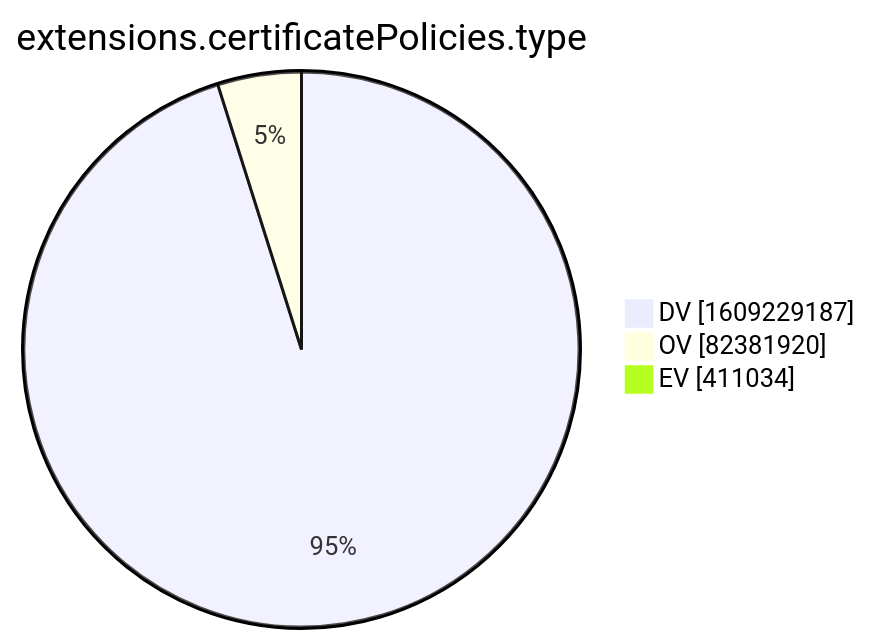
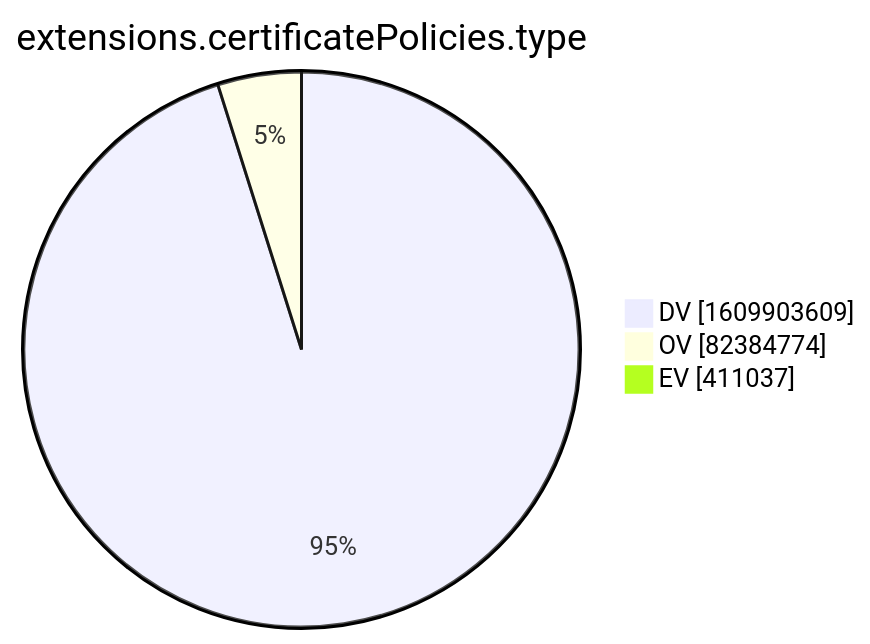
One commit to christiankrug/ctmonitor_visualization changed the tenth of 15 diagrams in xenon2022/README.md. Above: the diagram before and after it, drawn with Mermaid. The commit also changed other lines of this file, not shown here.

````diff
--- a/xenon2022/README.md
+++ b/xenon2022/README.md
@@ -2878,7 +2878,7 @@
 ```mermaid
 pie showData
 title extensions.certificatePolicies.type
-"DV" :1609229187
-"OV" :82381920
-"EV" :411034
+"DV" :1609903609
+"OV" :82384774
+"EV" :411037
 ```
````
